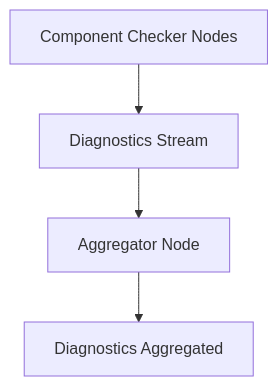
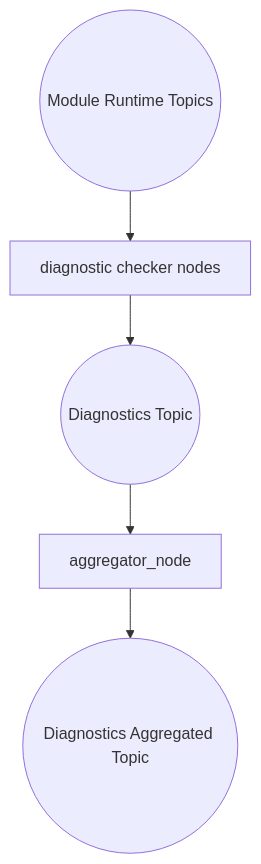
Before and after one commit to hwanhonglee/CAMROD: the first of 2 diagrams in camrod_system/README.md, drawn with Mermaid. The commit also changed other lines of this file and 13 other files, not shown here.

Commit message:
docs(readme): clarify diagram semantics and avg_msgs interface-only role

````diff
--- a/camrod_system/README.md
+++ b/camrod_system/README.md
@@ -7,6 +7,7 @@
 ```mermaid
 graph TD
-  CHECK[Component Checker Nodes] --> DIAG[Diagnostics Stream]
-  DIAG --> AGG[Aggregator Node]
-  AGG --> DIAGAGG[Diagnostics Aggregated]
+  RUNTIME((Module Runtime Topics)) --> CHECK[diagnostic checker nodes]
+  CHECK --> DIAG((Diagnostics Topic))
+  DIAG --> AGG[aggregator_node]
+  AGG --> DIAGAGG((Diagnostics Aggregated Topic))
 ```
````
